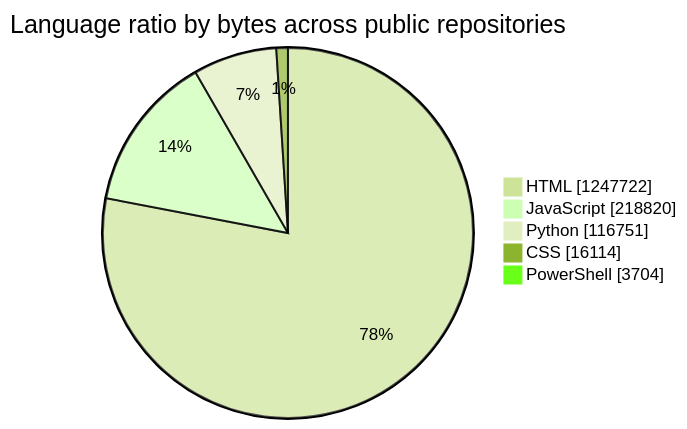
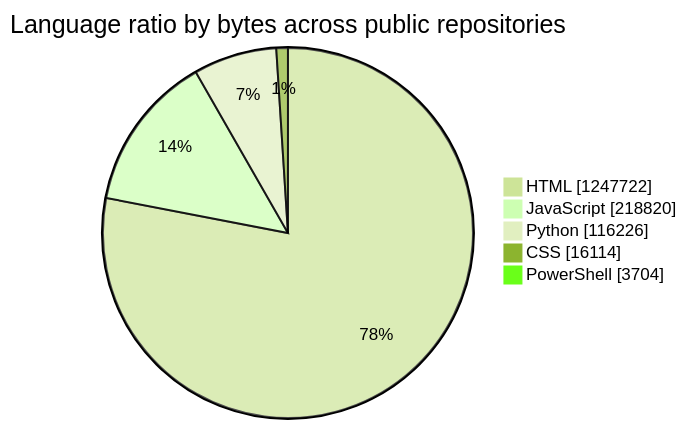
The first of 2 diagrams in README.md (tchinso/tchinso), drawn with Mermaid (forest theme) before and after one commit. The commit also changed other lines of this file, not shown here.

````diff
--- a/README.md
+++ b/README.md
@@ -23,9 +21,9 @@
 ```mermaid
 pie showData
     title Language ratio by bytes across public repositories
     "HTML" : 1247722
     "JavaScript" : 218820
-    "Python" : 116751
+    "Python" : 116226
     "CSS" : 16114
     "PowerShell" : 3704
 ```
````
